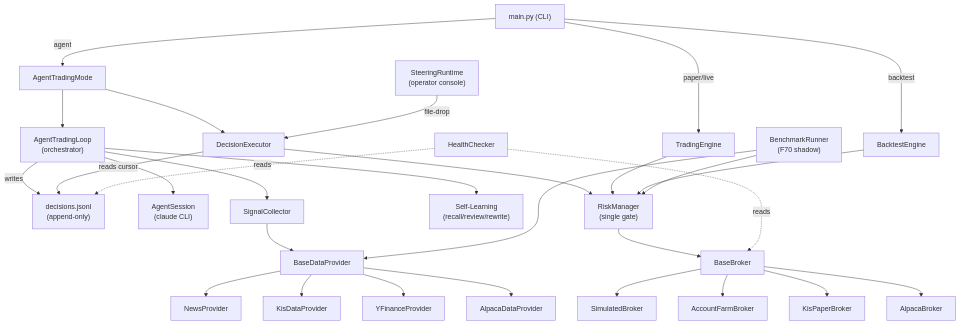
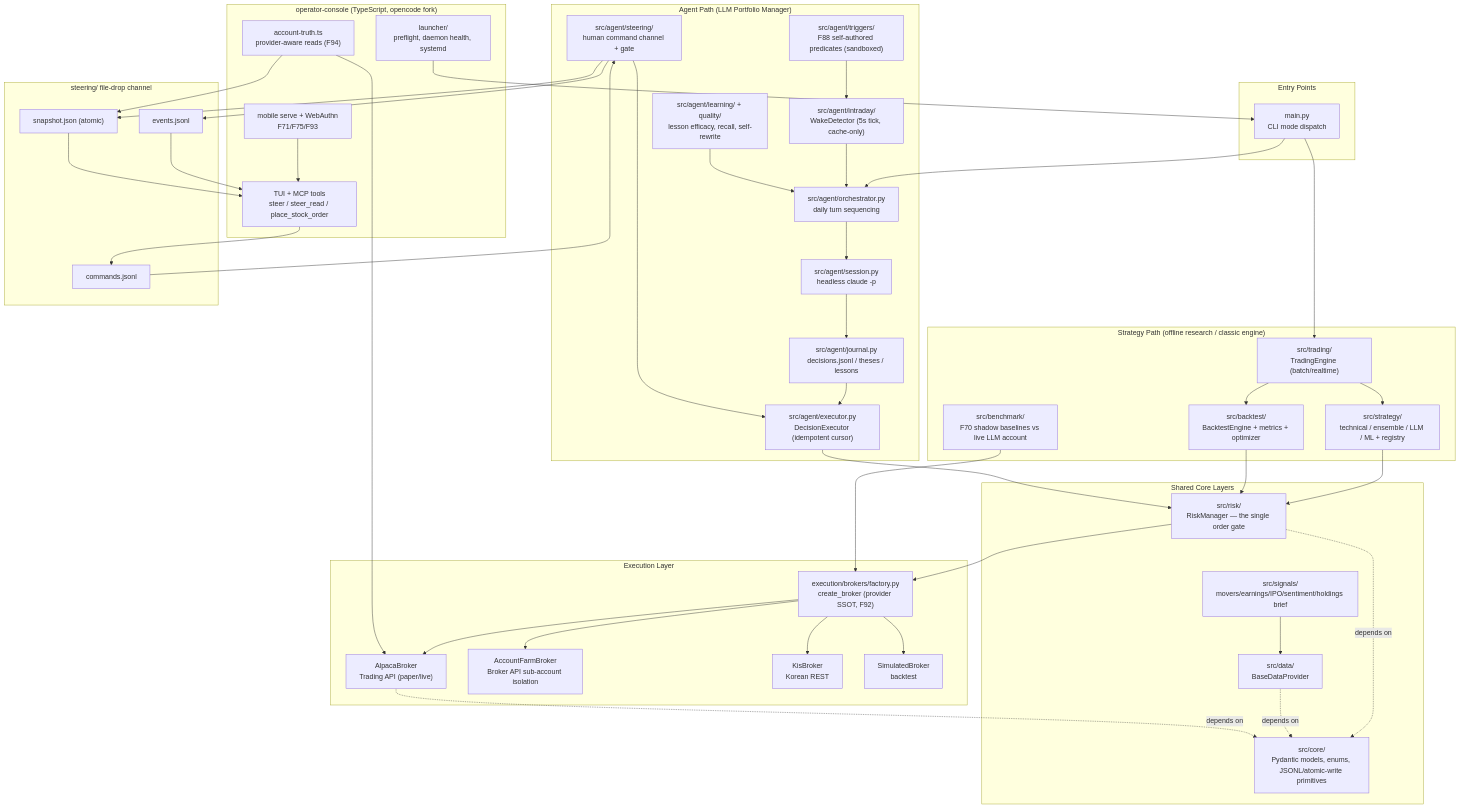
Before and after one commit to inventor71/autostock: the first of 2 diagrams in aidlc-docs/codekb/architecture.md, drawn with Mermaid. The commit also changed other lines of this file and 7 other files, not shown here.

````diff
--- a/aidlc-docs/codekb/architecture.md
+++ b/aidlc-docs/codekb/architecture.md
@@ -5,40 +5,91 @@
 ```mermaid
-graph TD
-    CLI["main.py (CLI)"] -->|backtest| BT["BacktestEngine"]
-    CLI -->|paper/live| TE["TradingEngine"]
-    CLI -->|agent| ATM["AgentTradingMode"]
+graph TB
+    subgraph Entry["Entry Points"]
+        MAIN["main.py<br/>CLI mode dispatch"]
+    end
 
-    ATM --> LOOP["AgentTradingLoop\n(orchestrator)"]
-    ATM --> EXEC["DecisionExecutor"]
+    subgraph StrategyPath["Strategy Path (offline research / classic engine)"]
+        TE["src/trading/<br/>TradingEngine (batch/realtime)"]
+        BT["src/backtest/<br/>BacktestEngine + metrics + optimizer"]
+        STRAT["src/strategy/<br/>technical / ensemble / LLM / ML + registry"]
+        BENCH["src/benchmark/<br/>F70 shadow baselines vs live LLM account"]
+    end
 
-    LOOP -->|writes| JOURNAL["decisions.jsonl\n(append-only)"]
-    EXEC -->|reads cursor| JOURNAL
+    subgraph AgentPath["Agent Path (LLM Portfolio Manager)"]
+        ORCH["src/agent/orchestrator.py<br/>daily turn sequencing"]
+        SESSION["src/agent/session.py<br/>headless claude -p"]
+        JOURNAL["src/agent/journal.py<br/>decisions.jsonl / theses / lessons"]
+        EXEC["src/agent/executor.py<br/>DecisionExecutor (idempotent cursor)"]
+        INTRADAY["src/agent/intraday/<br/>WakeDetector (5s tick, cache-only)"]
+        TRIGGERS["src/agent/triggers/<br/>F88 self-authored predicates (sandboxed)"]
+        STEERING["src/agent/steering/<br/>human command channel + gate"]
+        LEARNING["src/agent/learning/ + quality/<br/>lesson efficacy, recall, self-rewrite"]
+    end
 
-    LOOP --> SESSION["AgentSession\n(claude CLI)"]
-    LOOP --> SIGNALS["SignalCollector"]
-    LOOP --> LEARNING["Self-Learning\n(recall/review/rewrite)"]
+    subgraph Shared["Shared Core Layers"]
+        RISK["src/risk/<br/>RiskManager — the single order gate"]
+        SIGNALS["src/signals/<br/>movers/earnings/IPO/sentiment/holdings brief"]
+        DATA["src/data/<br/>BaseDataProvider"]
+        CORE["src/core/<br/>Pydantic models, enums, JSONL/atomic-write primitives"]
+    end
 
-    EXEC --> RISK["RiskManager\n(single gate)"]
-    TE --> RISK
+    subgraph Exec["Execution Layer"]
+        FACTORY["execution/brokers/factory.py<br/>create_broker (provider SSOT, F92)"]
+        ALPACA["AlpacaBroker<br/>Trading API (paper/live)"]
+        FARM["AccountFarmBroker<br/>Broker API sub-account isolation"]
+        KIS["KisBroker<br/>Korean REST"]
+        SIM["SimulatedBroker<br/>backtest"]
+    end
+
+    subgraph Console["operator-console (TypeScript, opencode fork)"]
+        TUI["TUI + MCP tools<br/>steer / steer_read / place_stock_order"]
+        LAUNCHER["launcher/<br/>preflight, daemon health, systemd"]
+        MOBILE["mobile serve + WebAuthn<br/>F71/F75/F93"]
+        ACCTRUTH["account-truth.ts<br/>provider-aware reads (F94)"]
+    end
+
+    subgraph FileDrop["steering/ file-drop channel"]
+        CMDS["commands.jsonl"]
+        EVENTS["events.jsonl"]
+        SNAPSHOT["snapshot.json (atomic)"]
+    end
+
+    MAIN --> TE
+    MAIN --> ORCH
+    TE --> STRAT
+    TE --> BT
+    STRAT --> RISK
     BT --> RISK
+    BENCH --> FACTORY
 
-    RISK --> BROKER["BaseBroker"]
-    BROKER --> ALPACA["AlpacaBroker"]
-    BROKER --> KIS["KisPaperBroker"]
-    BROKER --> FARM["AccountFarmBroker"]
-    BROKER --> SIM["SimulatedBroker"]
+    ORCH --> SESSION
+    SESSION --> JOURNAL
+    JOURNAL --> EXEC
+    EXEC --> RISK
+    INTRADAY --> ORCH
+    TRIGGERS --> INTRADAY
+    STEERING --> EXEC
+    LEARNING --> ORCH
 
-    SIGNALS --> DATA["BaseDataProvider"]
-    DATA --> APD["AlpacaDataProvider"]
-    DATA --> YFP["YFinanceProvider"]
-    DATA --> KISD["KisDataProvider"]
-    DATA --> NEWS["NewsProvider"]
+    RISK --> FACTORY
+    SIGNALS --> DATA
+    FACTORY --> ALPACA
+    FACTORY --> FARM
+    FACTORY --> KIS
+    FACTORY --> SIM
 
-    STEERING["SteeringRuntime\n(operator console)"] -->|file-drop| EXEC
+    TUI --> CMDS
+    EVENTS --> TUI
+    SNAPSHOT --> TUI
+    STEERING --> EVENTS
+    STEERING --> SNAPSHOT
+    CMDS --> STEERING
+    ACCTRUTH --> SNAPSHOT
+    ACCTRUTH --> ALPACA
+    LAUNCHER --> MAIN
+    MOBILE --> TUI
 
-    BENCH["BenchmarkRunner\n(F70 shadow)"] --> RISK
-    BENCH --> DATA
-
-    MONITOR["HealthChecker"] -.->|reads| BROKER
-    MONITOR -.->|reads| JOURNAL
+    RISK -.depends on.-> CORE
+    DATA -.depends on.-> CORE
+    ALPACA -.depends on.-> CORE
 ```
````
